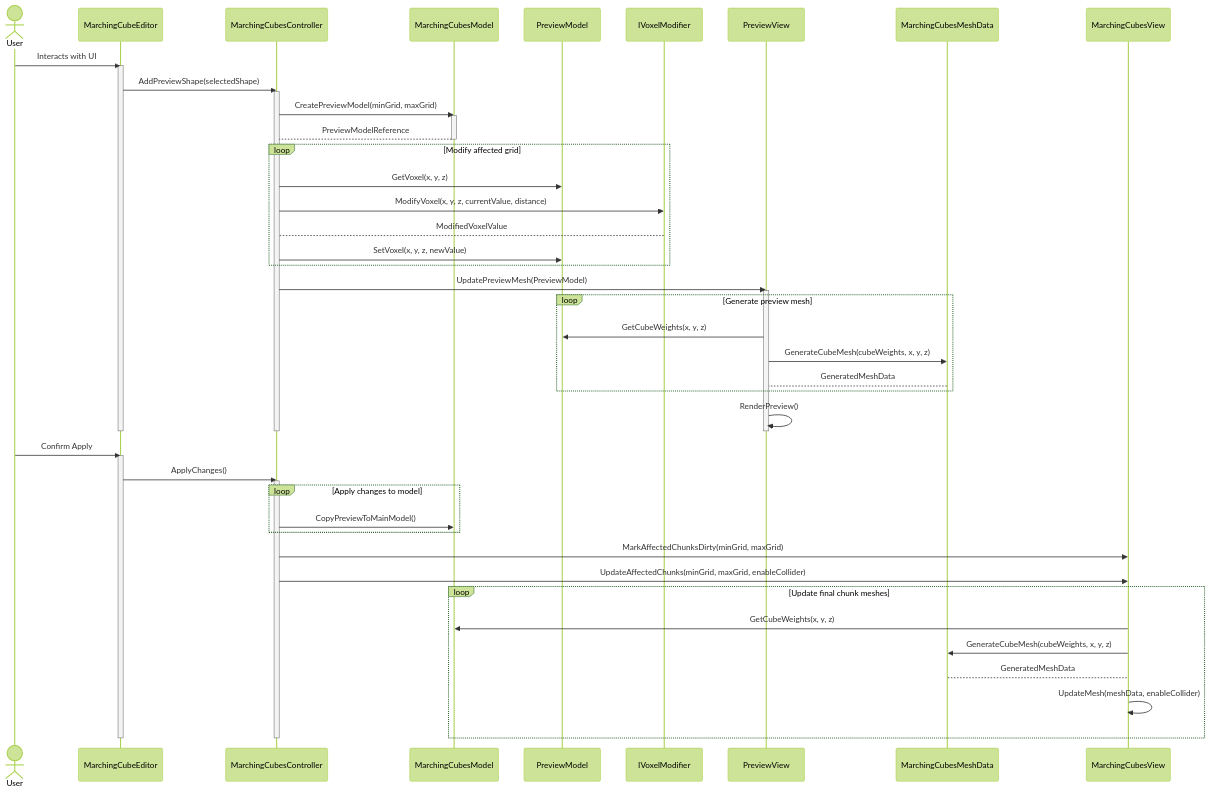
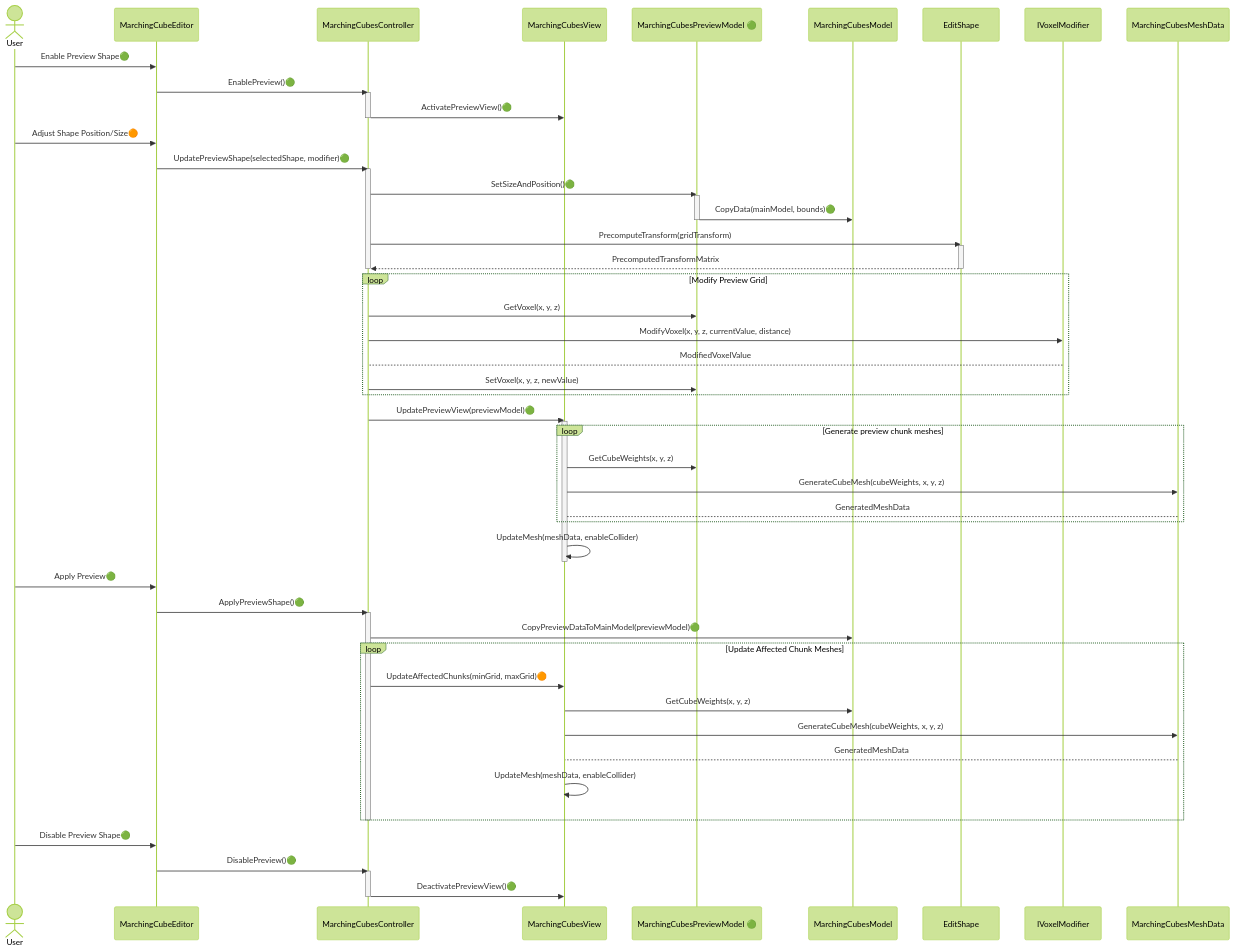
Before and after one commit to iffn/MarchingCubeEditorForUnity: the second of 2 diagrams in Documentation/UML/SequenceDiagram/README.md, drawn with Mermaid (forest theme). The commit also changed other lines of this file and 1 other file, not shown here.

Commit message:
Updated class and sequence diagram

````diff
--- a/Documentation/UML/SequenceDiagram/README.md
+++ b/Documentation/UML/SequenceDiagram/README.md
@@ -57,55 +60,60 @@
 ```mermaid
 sequenceDiagram
     actor User
-    User ->> MarchingCubeEditor : Interacts with UI
-    activate MarchingCubeEditor
-    MarchingCubeEditor ->> MarchingCubesController : AddPreviewShape(selectedShape)
+
+    User ->> MarchingCubeEditor: Enable Preview Shape🟢
+    MarchingCubeEditor ->> MarchingCubesController: EnablePreview()🟢
     activate MarchingCubesController
-    MarchingCubesController ->> MarchingCubesModel : CreatePreviewModel(minGrid, maxGrid)
-    activate MarchingCubesModel
-    MarchingCubesModel --> MarchingCubesController : PreviewModelReference
-    deactivate MarchingCubesModel
+    MarchingCubesController ->> MarchingCubesView: ActivatePreviewView()🟢
+    deactivate MarchingCubesController
 
-    loop Modify affected grid
-        MarchingCubesController ->> PreviewModel : GetVoxel(x, y, z)
-        MarchingCubesController ->> IVoxelModifier : ModifyVoxel(x, y, z, currentValue, distance)
-        IVoxelModifier --> MarchingCubesController : ModifiedVoxelValue
-        MarchingCubesController ->> PreviewModel : SetVoxel(x, y, z, newValue)
+    User ->> MarchingCubeEditor: Adjust Shape Position/Size🟠
+    MarchingCubeEditor ->> MarchingCubesController: UpdatePreviewShape(selectedShape, modifier)🟢
+    activate MarchingCubesController
+    MarchingCubesController ->> MarchingCubesPreviewModel 🟢: SetSizeAndPosition()🟢
+    activate MarchingCubesPreviewModel 🟢
+    MarchingCubesPreviewModel 🟢 ->> MarchingCubesModel: CopyData(mainModel, bounds)🟢
+    deactivate MarchingCubesPreviewModel 🟢
+    MarchingCubesController ->> EditShape: PrecomputeTransform(gridTransform)
+    activate EditShape
+    EditShape -->> MarchingCubesController: PrecomputedTransformMatrix
+    deactivate EditShape
+    deactivate MarchingCubesController
+
+    loop Modify Preview Grid
+        MarchingCubesController ->> MarchingCubesPreviewModel 🟢: GetVoxel(x, y, z)
+        MarchingCubesController ->> IVoxelModifier: ModifyVoxel(x, y, z, currentValue, distance)
+        IVoxelModifier --> MarchingCubesController: ModifiedVoxelValue
+        MarchingCubesController ->> MarchingCubesPreviewModel 🟢: SetVoxel(x, y, z, newValue)
     end
 
-    MarchingCubesController ->> PreviewView : UpdatePreviewMesh(PreviewModel)
-    activate PreviewView
+    MarchingCubesController ->> MarchingCubesView: UpdatePreviewView(previewModel)🟢
+    activate MarchingCubesView
+    loop Generate preview chunk meshes
+        MarchingCubesView ->> MarchingCubesPreviewModel 🟢: GetCubeWeights(x, y, z)
+        MarchingCubesView ->> MarchingCubesMeshData: GenerateCubeMesh(cubeWeights, x, y, z)
+        MarchingCubesMeshData --> MarchingCubesView: GeneratedMeshData
+    end
+    MarchingCubesView ->> MarchingCubesView: UpdateMesh(meshData, enableCollider)
+    deactivate MarchingCubesView
 
-    loop Generate preview mesh
-        PreviewView ->> PreviewModel : GetCubeWeights(x, y, z)
-        PreviewView ->> MarchingCubesMeshData : GenerateCubeMesh(cubeWeights, x, y, z)
-        MarchingCubesMeshData --> PreviewView : GeneratedMeshData
-    end
-    PreviewView ->> PreviewView : RenderPreview()
-    deactivate PreviewView
-    deactivate MarchingCubesController
-    deactivate MarchingCubeEditor
+    User ->> MarchingCubeEditor: Apply Preview🟢
+    MarchingCubeEditor ->> MarchingCubesController: ApplyPreviewShape()🟢
+    activate MarchingCubesController
+    MarchingCubesController ->> MarchingCubesModel: CopyPreviewDataToMainModel(previewModel)🟢
 
-    %% Applying Changes %%
-    User ->> MarchingCubeEditor : Confirm Apply
-    activate MarchingCubeEditor
-    MarchingCubeEditor ->> MarchingCubesController : ApplyChanges()
-    activate MarchingCubesController
-
-    loop Apply changes to model
-        MarchingCubesController ->> MarchingCubesModel : CopyPreviewToMainModel()
-    end
-
-    MarchingCubesController ->> MarchingCubesView : MarkAffectedChunksDirty(minGrid, maxGrid)
-    MarchingCubesController ->> MarchingCubesView : UpdateAffectedChunks(minGrid, maxGrid, enableCollider)
-
-    loop Update final chunk meshes
-        MarchingCubesView ->> MarchingCubesModel : GetCubeWeights(x, y, z)
-        MarchingCubesView ->> MarchingCubesMeshData : GenerateCubeMesh(cubeWeights, x, y, z)
-        MarchingCubesMeshData --> MarchingCubesView : GeneratedMeshData
-        MarchingCubesView ->> MarchingCubesView : UpdateMesh(meshData, enableCollider)
+    loop Update Affected Chunk Meshes
+        MarchingCubesController ->> MarchingCubesView: UpdateAffectedChunks(minGrid, maxGrid)🟠
+        MarchingCubesView ->> MarchingCubesModel: GetCubeWeights(x, y, z)
+        MarchingCubesView ->> MarchingCubesMeshData: GenerateCubeMesh(cubeWeights, x, y, z)
+        MarchingCubesMeshData --> MarchingCubesView: GeneratedMeshData
+        MarchingCubesView ->> MarchingCubesView: UpdateMesh(meshData, enableCollider)
     end
     deactivate MarchingCubesController
-    deactivate MarchingCubeEditor
 
+    User ->> MarchingCubeEditor: Disable Preview Shape🟢
+    MarchingCubeEditor ->> MarchingCubesController: DisablePreview()🟢
+    activate MarchingCubesController
+    MarchingCubesController ->> MarchingCubesView: DeactivatePreviewView()🟢
+    deactivate MarchingCubesController
 ```
````
